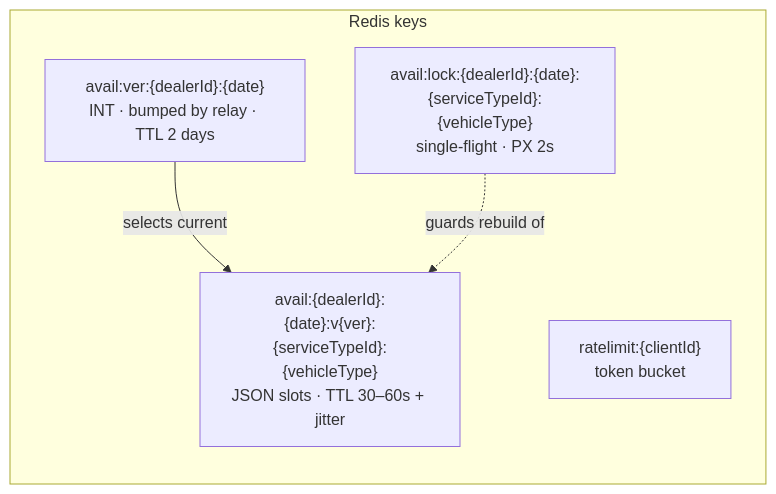
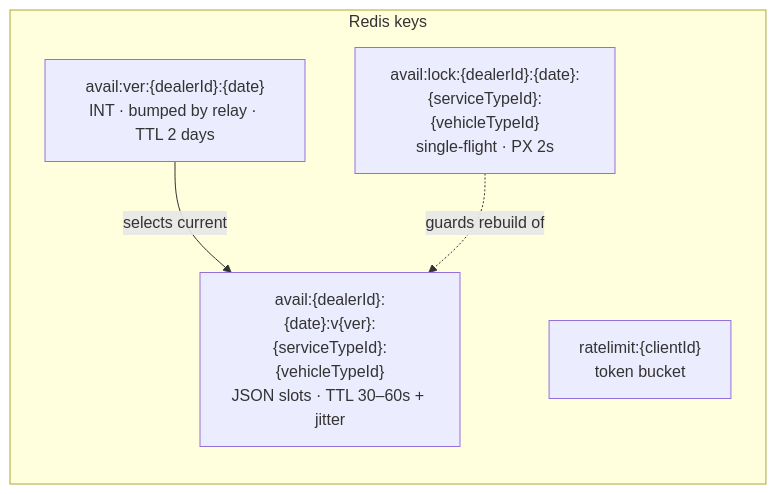
One commit to Rubynam/keyloop changed the diagram in docs/diagrams/dld/10-redis-keys.mermaid. Above: the diagram before and after it, drawn with Mermaid. The commit also changed 40 other files, not shown here.

```diff
--- a/docs/diagrams/dld/10-redis-keys.mermaid
+++ b/docs/diagrams/dld/10-redis-keys.mermaid
@@ -1,9 +1,9 @@
 flowchart LR
     subgraph KEYS["Redis keys"]
         K1["avail:ver:{dealerId}:{date}<br/>INT · bumped by relay · TTL 2 days"]
-        K2["avail:{dealerId}:{date}:v{ver}:{serviceTypeId}:{vehicleType}<br/>JSON slots · TTL 30–60s + jitter"]
-        K3["avail:lock:{dealerId}:{date}:{serviceTypeId}:{vehicleType}<br/>single-flight · PX 2s"]
+        K2["avail:{dealerId}:{date}:v{ver}:{serviceTypeId}:{vehicleTypeId}<br/>JSON slots · TTL 30–60s + jitter"]
+        K3["avail:lock:{dealerId}:{date}:{serviceTypeId}:{vehicleTypeId}<br/>single-flight · PX 2s"]
         K4["ratelimit:{clientId}<br/>token bucket"]
     end
     K1 -->|"selects current"| K2
     K3 -.->|"guards rebuild of"| K2
```
